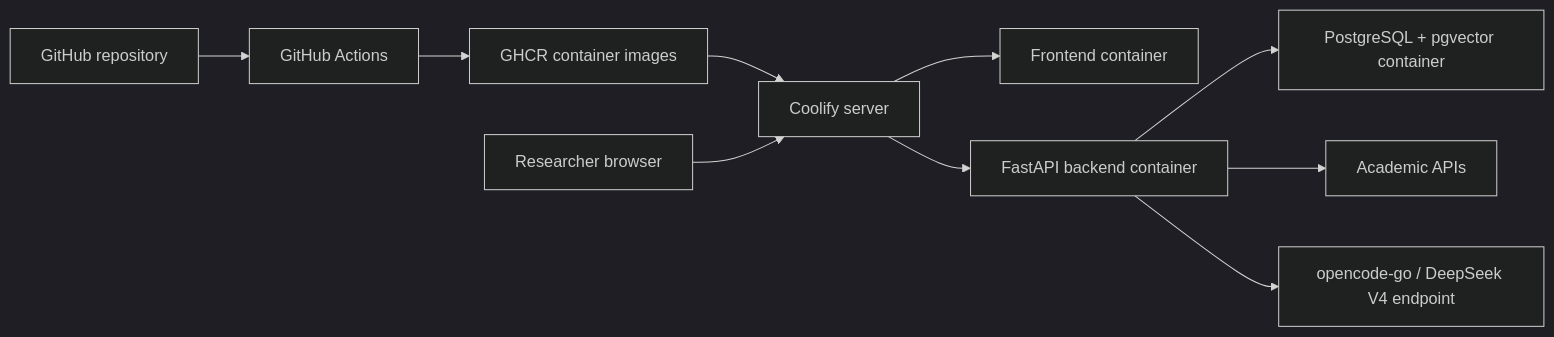
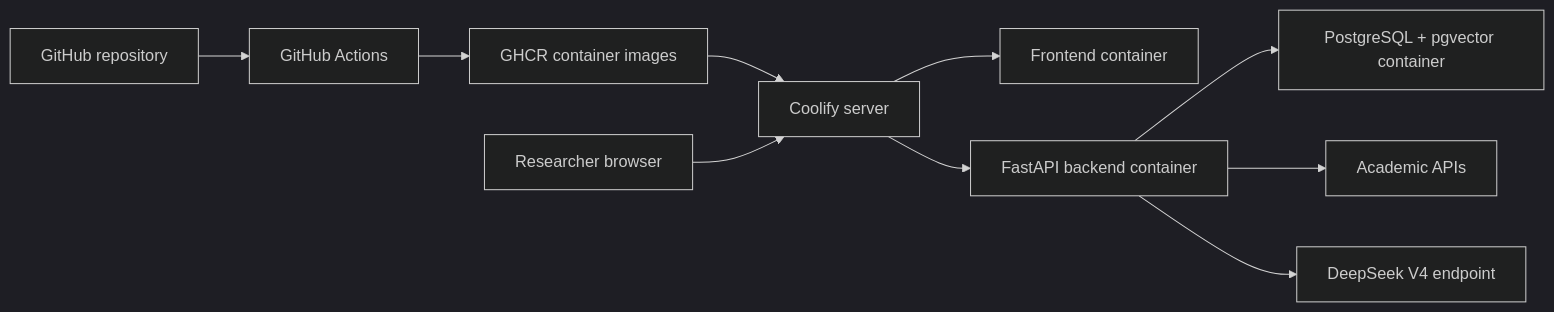
Before and after one commit to vietlinhh02/lumen-agent: the third of 3 diagrams in docs/architecture/system-overview.md, drawn with Mermaid (dark theme). The commit also changed other lines of this file and 13 other files, not shown here.

````diff
--- a/docs/architecture/system-overview.md
+++ b/docs/architecture/system-overview.md
@@ -319,12 +169,12 @@
 ```mermaid
 flowchart LR
     Dev["GitHub repository"] --> Actions["GitHub Actions"]
     Actions --> GHCR["GHCR container images"]
     GHCR --> Coolify["Coolify server"]
     Browser["Researcher browser"] --> Coolify
     Coolify --> Frontend["Frontend container"]
     Coolify --> Backend["FastAPI backend container"]
     Backend --> DB["PostgreSQL + pgvector container"]
     Backend --> Sources["Academic APIs"]
-    Backend --> AI["opencode-go / DeepSeek V4 endpoint"]
+    Backend --> AI["DeepSeek V4 endpoint"]
 ```
````
